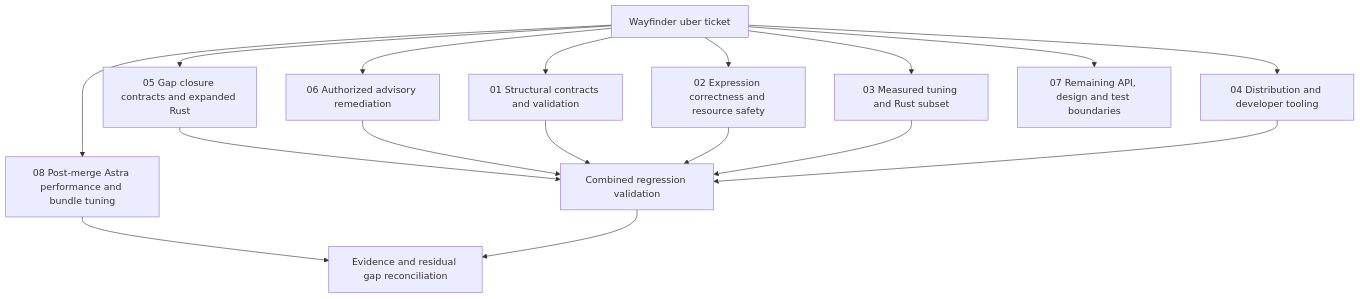
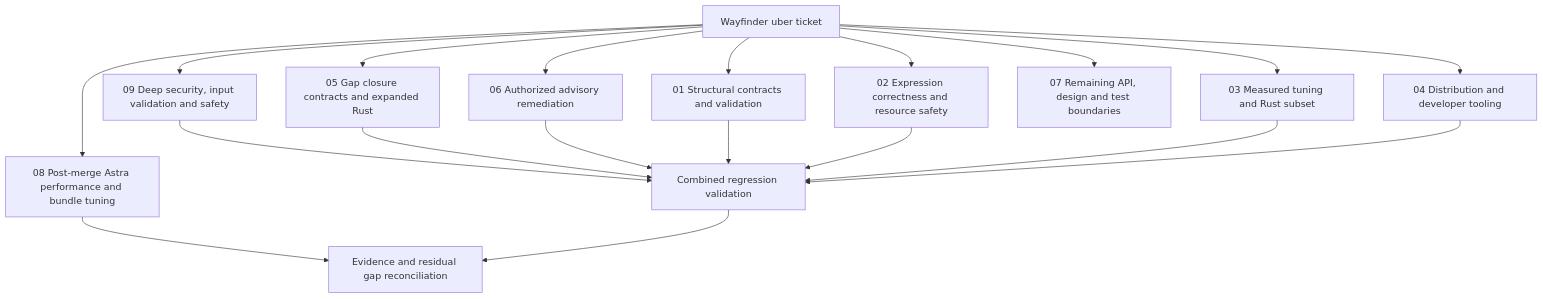
The diagram in docs/review/WAYFINDER.md (elite-libs/rules-machine), drawn with Mermaid before and after one commit. The commit also changed other lines of this file and 113 other files, not shown here.

Commit message:
docs: reconcile deep security fixes, qualification and measured costs

````diff
--- a/docs/review/WAYFINDER.md
+++ b/docs/review/WAYFINDER.md
@@ -9,19 +11,21 @@
 ```mermaid
 flowchart TD
   W[Wayfinder uber ticket] --> S[01 Structural contracts and validation]
   W --> E[02 Expression correctness and resource safety]
   W --> P[03 Measured tuning and Rust subset]
   W --> D[04 Distribution and developer tooling]
   W --> A[06 Authorized advisory remediation]
   W --> G[05 Gap closure contracts and expanded Rust]
   W --> B[07 Remaining API, design and test boundaries]
   W --> T[08 Post-merge Astra performance and bundle tuning]
+  W --> Q[09 Deep security, input validation and safety]
+  Q --> V
   T --> R
   G --> V
   A --> V
   S --> V[Combined regression validation]
   E --> V
   P --> V
   D --> V
   V --> R[Evidence and residual gap reconciliation]
 ```
````
